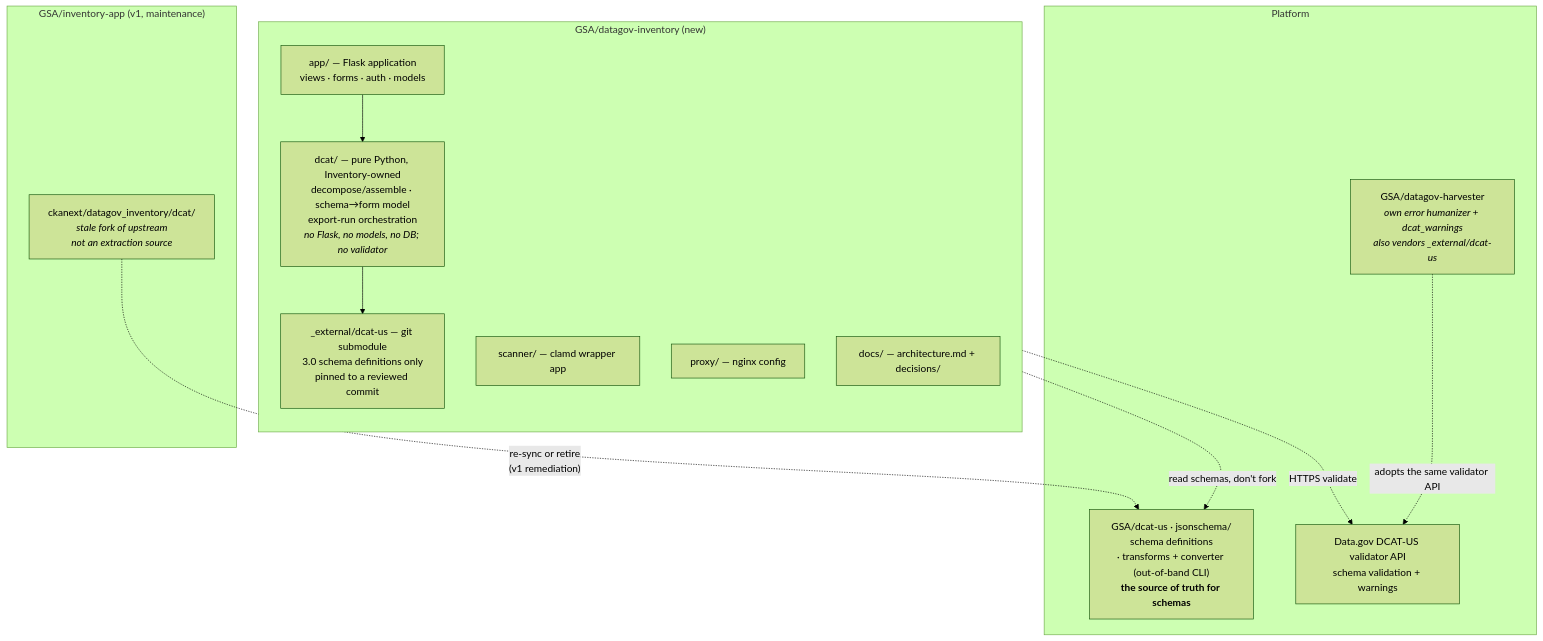
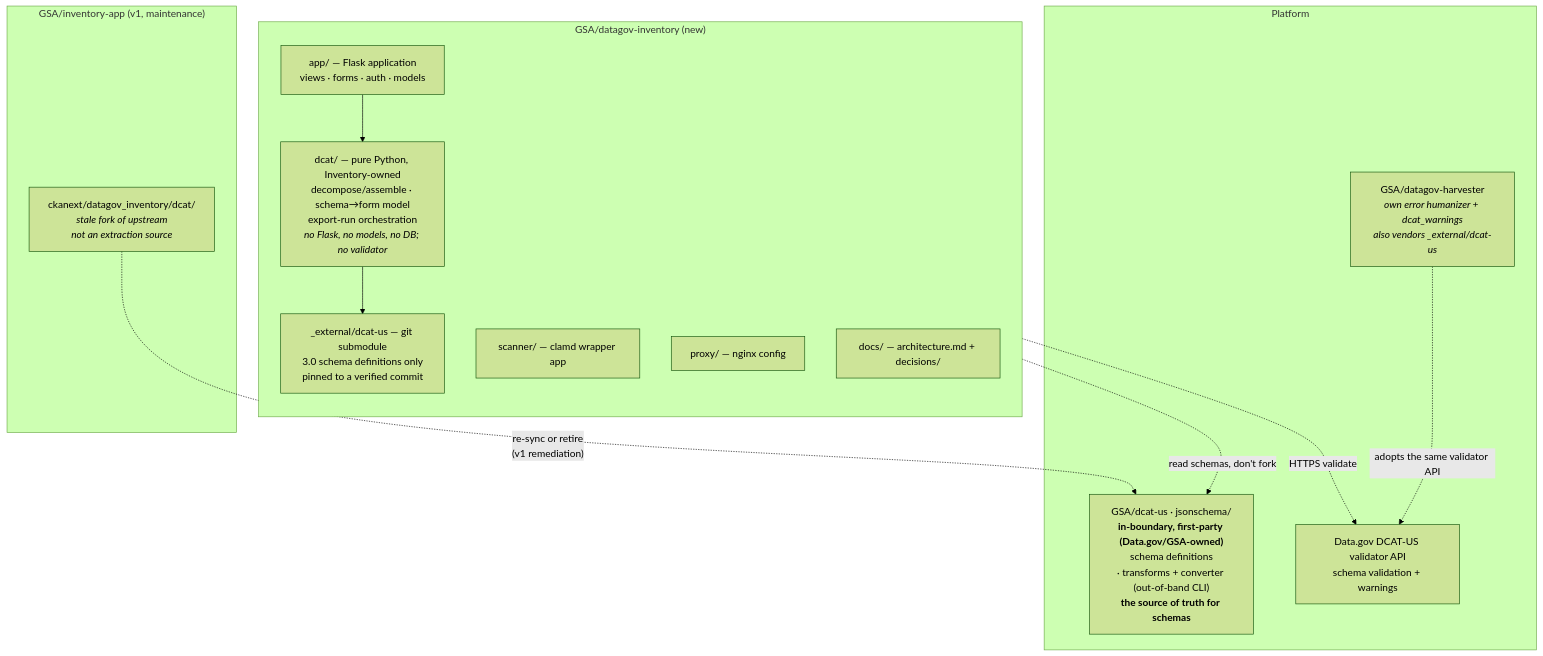
Before and after one commit to GSA/datagov-inventory: the eighth of 8 diagrams in docs/architecture.md, drawn with Mermaid (forest theme). The commit also changed other lines of this file and 3 other files, not shown here.

Commit message:
Update to note dcat-us is within the boundary, as we control the code releases.

````diff
--- a/docs/architecture.md
+++ b/docs/architecture.md
@@ -708,29 +708,29 @@
 ```mermaid
 flowchart TB
     subgraph new["GSA/datagov-inventory (new)"]
         direction TB
         APP["app/ — Flask application<br/>views · forms · auth · models"]
         LIB["dcat/ — pure Python, Inventory-owned<br/>decompose/assemble · schema→form model<br/>export-run orchestration<br/><i>no Flask, no models, no DB; no validator</i>"]
         SCANAPP["scanner/ — clamd wrapper app"]
         PROXYD["proxy/ — nginx config"]
         DOCS["docs/ — architecture.md + decisions/"]
-        SUB["_external/dcat-us — git submodule<br/>3.0 schema definitions only<br/>pinned to a reviewed commit"]
+        SUB["_external/dcat-us — git submodule<br/>3.0 schema definitions only<br/>pinned to a verified commit"]
         APP --> LIB
         LIB --> SUB
     end
 
     subgraph old["GSA/inventory-app (v1, maintenance)"]
         CKAN["ckanext/datagov_inventory/dcat/<br/><i>stale fork of upstream</i><br/><i>not an extraction source</i>"]
     end
 
     subgraph plat["Platform"]
         HARV["GSA/datagov-harvester<br/><i>own error humanizer + dcat_warnings</i><br/><i>also vendors _external/dcat-us</i>"]
-        UPSTREAM["GSA/dcat-us · jsonschema/<br/>schema definitions<br/>· transforms + converter (out-of-band CLI)<br/><b>the source of truth for schemas</b>"]
+        UPSTREAM["GSA/dcat-us · jsonschema/<br/><b>in-boundary, first-party (Data.gov/GSA-owned)</b><br/>schema definitions<br/>· transforms + converter (out-of-band CLI)<br/><b>the source of truth for schemas</b>"]
         VALAPI["Data.gov DCAT-US validator API<br/>schema validation + warnings"]
     end
 
     SUB -.->|"read schemas, don't fork"| UPSTREAM
     LIB -.->|"HTTPS validate"| VALAPI
     CKAN -.->|"re-sync or retire<br/>(v1 remediation)"| UPSTREAM
     HARV -.->|"adopts the same validator API"| VALAPI
 ```
````
